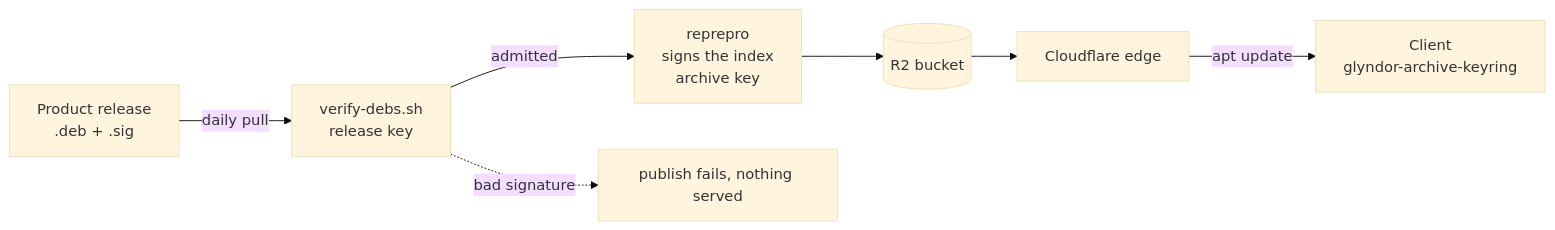
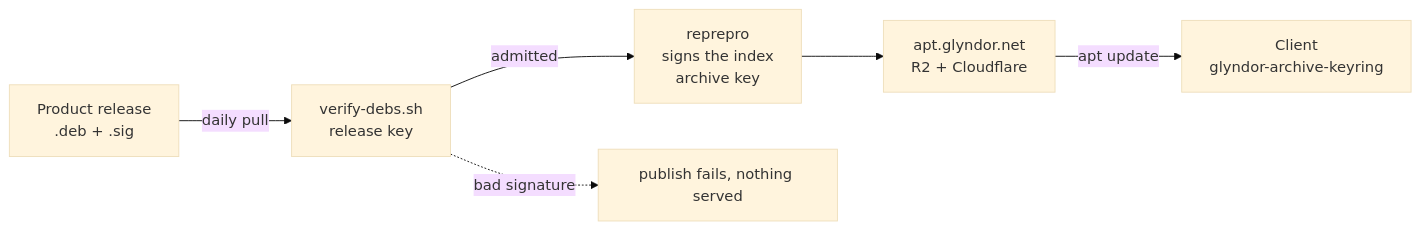
Before and after one commit to Glyndor/apt: the diagram in README.md, drawn with Mermaid (base theme). The commit also changed other lines of this file and 1 other file, not shown here.

````diff
--- a/README.md
+++ b/README.md
@@ -63,9 +49,8 @@
 ```mermaid
 flowchart LR
   P["Product release<br/>.deb + .sig"] -->|daily pull| V["verify-debs.sh<br/>release key"]
   V -->|admitted| R["reprepro<br/>signs the index<br/>archive key"]
-  R --> S[("R2 bucket")]
-  S --> E["Cloudflare edge"]
-  E -->|apt update| C["Client<br/>glyndor-archive-keyring"]
+  R --> S["apt.glyndor.net<br/>R2 + Cloudflare"]
+  S -->|apt update| C["Client<br/>glyndor-archive-keyring"]
   V -.->|bad signature| X["publish fails, nothing served"]
 ```
````
